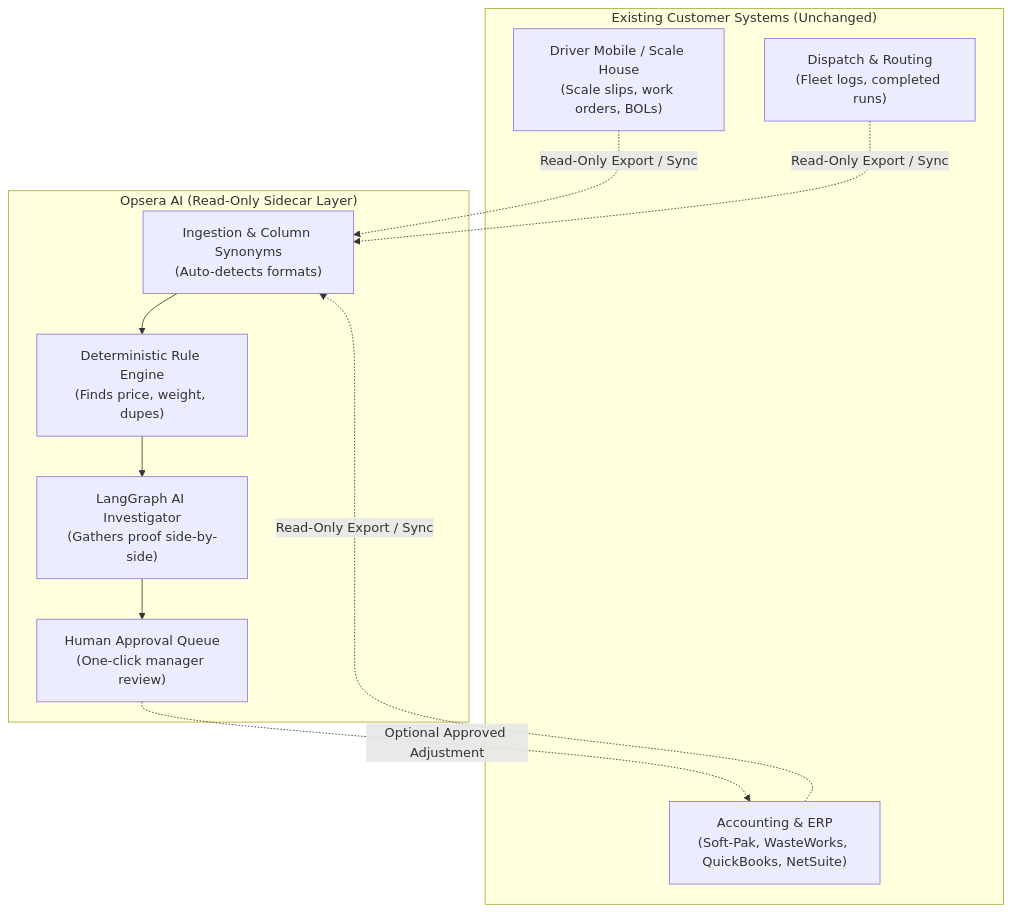
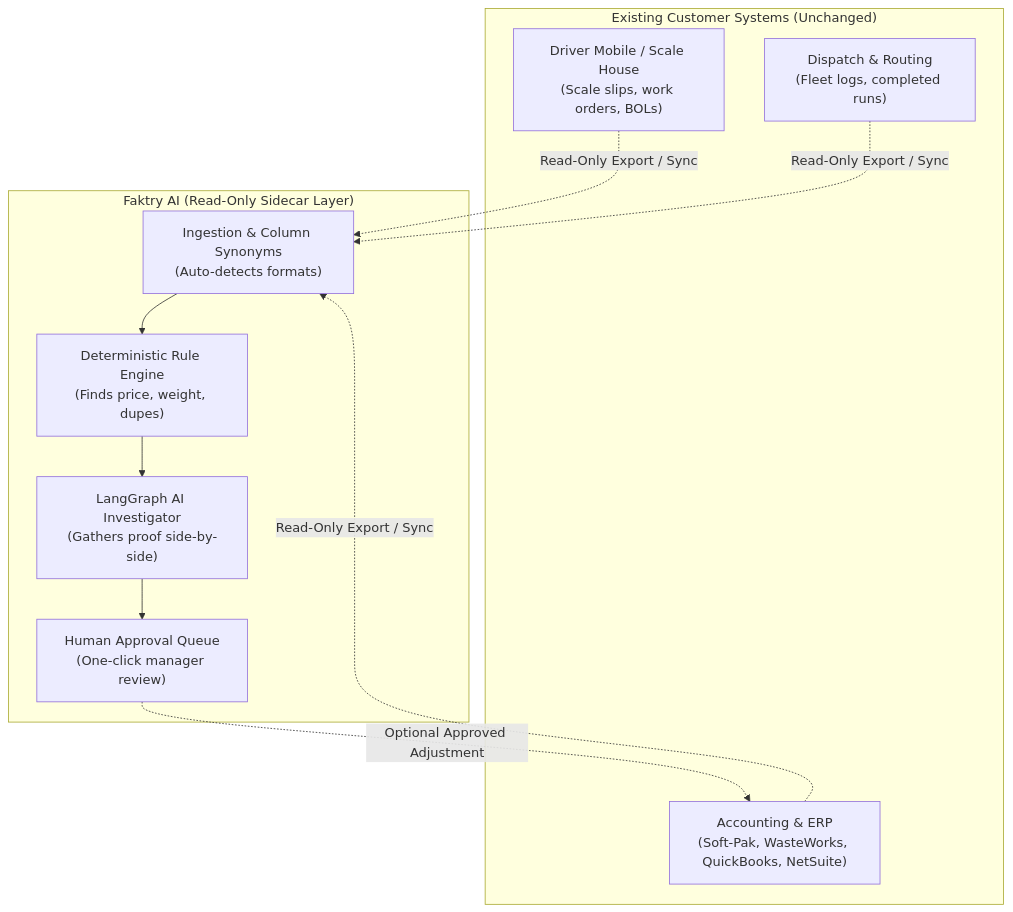
The first of 3 diagrams in docs/INTEGRATION_PITCH_PLAYBOOK.md (deepshah995/opseraai), drawn with Mermaid before and after one commit. The commit also changed other lines of this file and 35 other files, not shown here.

Commit message:
feat: add Faktry AI theme, drag-wire DAG data flow, /workflows/new studio, and preview popup

````diff
--- a/docs/INTEGRATION_PITCH_PLAYBOOK.md
+++ b/docs/INTEGRATION_PITCH_PLAYBOOK.md
@@ -94,21 +94,21 @@
 ```mermaid
 graph TD
     subgraph ExistingOperations["Existing Customer Systems (Unchanged)"]
         A["Driver Mobile / Scale House<br/>(Scale slips, work orders, BOLs)"]
         B["Dispatch & Routing<br/>(Fleet logs, completed runs)"]
         C["Accounting & ERP<br/>(Soft-Pak, WasteWorks, QuickBooks, NetSuite)"]
     end
 
-    subgraph OpseraSidecar["Opsera AI (Read-Only Sidecar Layer)"]
+    subgraph FaktrySidecar["Faktry AI (Read-Only Sidecar Layer)"]
         D["Ingestion & Column Synonyms<br/>(Auto-detects formats)"]
         E["Deterministic Rule Engine<br/>(Finds price, weight, dupes)"]
         F["LangGraph AI Investigator<br/>(Gathers proof side-by-side)"]
         G["Human Approval Queue<br/>(One-click manager review)"]
     end
 
     A -.->|Read-Only Export / Sync| D
     B -.->|Read-Only Export / Sync| D
     C -.->|Read-Only Export / Sync| D
     D --> E --> F --> G
     G -.->|Optional Approved Adjustment| C
 ```
````
